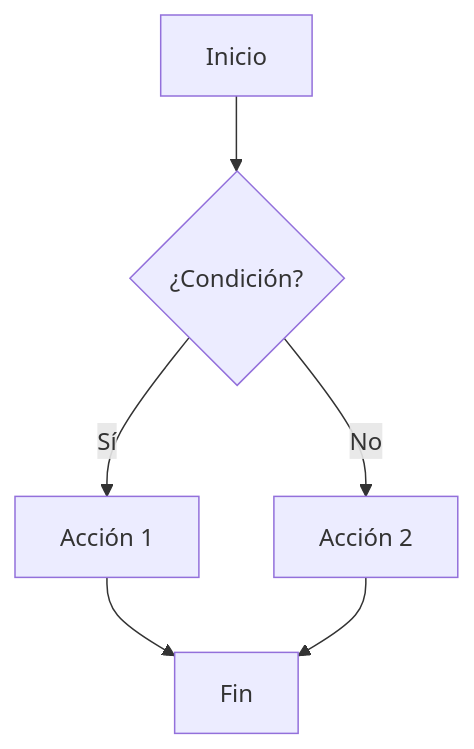
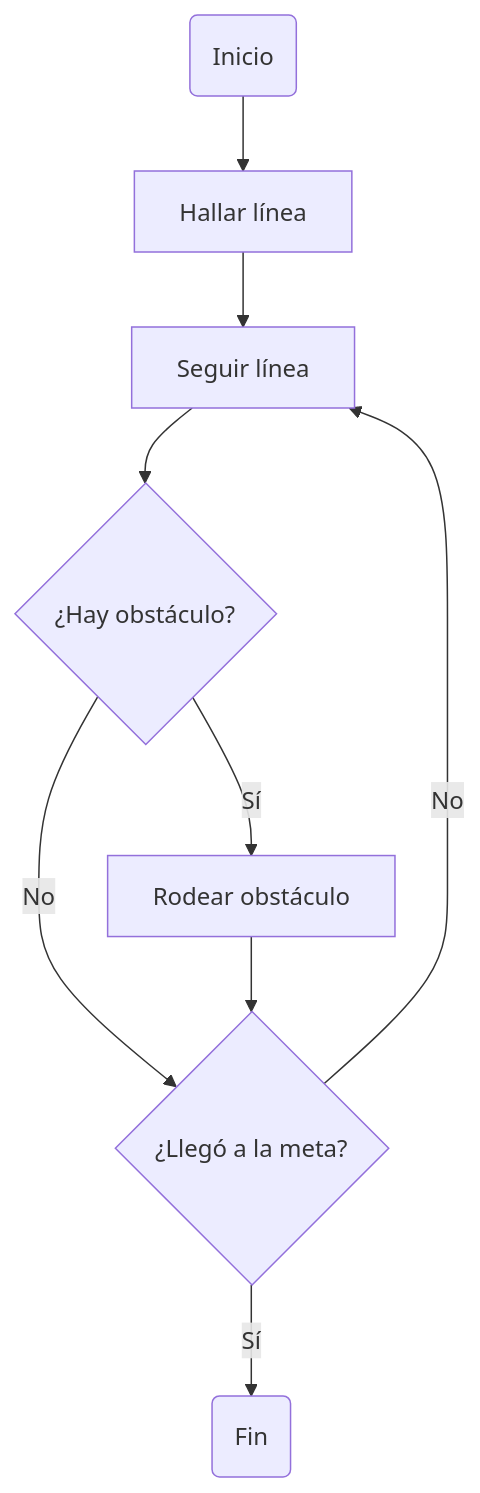
One commit to dcocoma/FRM-G5 changed the diagram in Lab4/README.md. Above: the diagram before and after it, drawn with Mermaid. The commit also changed other lines of this file, not shown here.

Commit message:
Pseudo mision 1

````diff
--- a/Lab4/README.md
+++ b/Lab4/README.md
@@ -220,8 +220,11 @@
 ```mermaid
 graph TD;
-    A[Inicio] --> B{¿Condición?};
-    B -- Sí --> C[Acción 1];
-    B -- No --> D[Acción 2];
-    C --> E[Fin];
-    D --> E[Fin];
+    A(Inicio) --> B[Hallar línea];
+    B --> C[Seguir línea];
+    C --> D{¿Hay obstáculo?};
+    D -- No --> E{¿Llegó a la meta?}; 
+    D -- Sí --> F[Rodear obstáculo];
+    E -- No --> C;
+    E -- Sí --> H(Fin);
+    F --> E;
 ```
````
